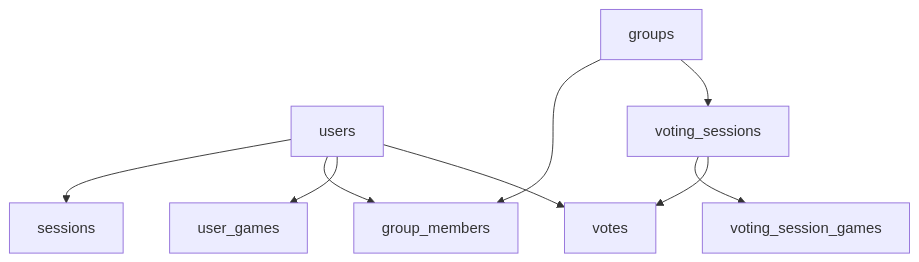
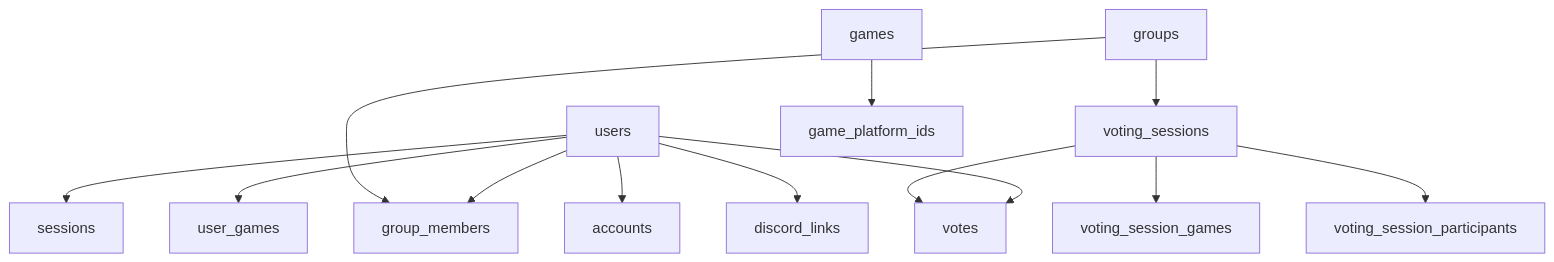
Before and after one commit to Wifsimster/wawptn: the diagram in docs/database-schema.md, drawn with Mermaid. The commit also changed other lines of this file and 5 other files, not shown here.

First line of the commit message:
docs: update documentation for Discord bot and multi-platform support

````diff
--- a/docs/database-schema.md
+++ b/docs/database-schema.md
@@ -7,11 +7,15 @@
 ```mermaid
 graph TD
     A[users] --> B[sessions]
     A --> C[group_members]
     A --> D[user_games]
     A --> E[votes]
+    A --> K[accounts]
+    A --> L[discord_links]
     F[groups] --> C
     F --> G[voting_sessions]
     G --> H[voting_session_games]
+    G --> I[voting_session_participants]
     G --> E
+    J[games] --> M[game_platform_ids]
 ```
````
